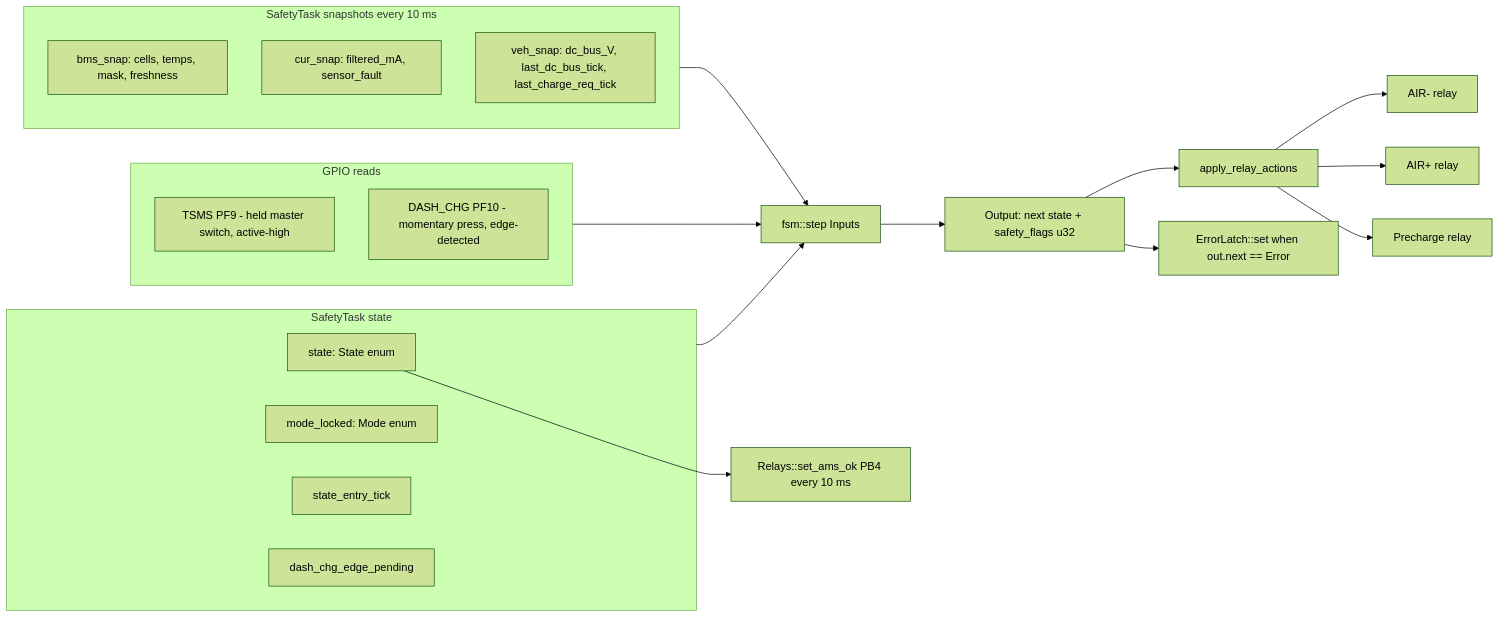
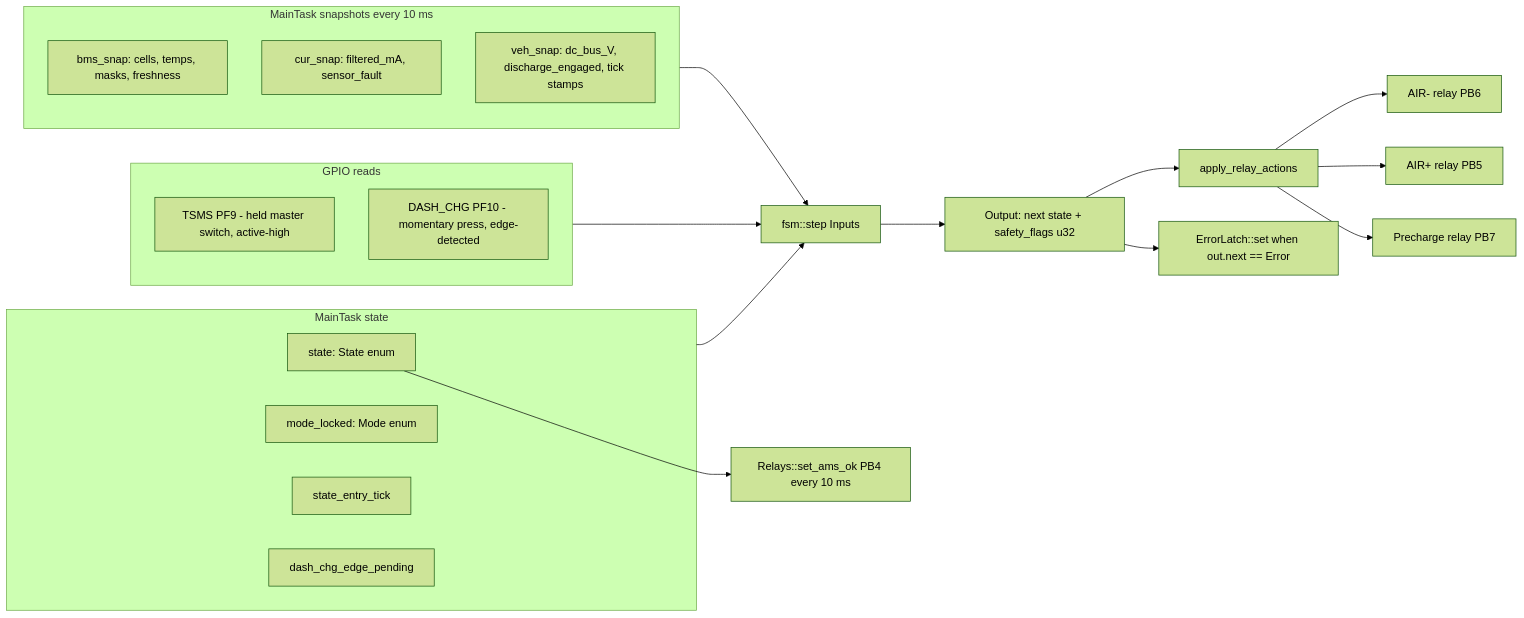
The first of 3 diagrams in docs/FSM_OVERVIEW.md (isc-fs/IFS08-CE-AMS), drawn with Mermaid (forest theme) before and after one commit. The commit also changed other lines of this file and 13 other files, not shown here.

````diff
--- a/docs/FSM_OVERVIEW.md
+++ b/docs/FSM_OVERVIEW.md
@@ -43,31 +51,31 @@
 ```mermaid
 flowchart LR
-  subgraph Snapshots[SafetyTask snapshots every 10 ms]
-    BMS[bms_snap: cells, temps, mask, freshness]
+  subgraph Snapshots[MainTask snapshots every 10 ms]
+    BMS[bms_snap: cells, temps, masks, freshness]
     CUR[cur_snap: filtered_mA, sensor_fault]
-    VEH[veh_snap: dc_bus_V, last_dc_bus_tick, last_charge_req_tick]
+    VEH[veh_snap: dc_bus_V, discharge_engaged, tick stamps]
   end
   subgraph GPIOs[GPIO reads]
     TSMS[TSMS PF9 - held master switch, active-high]
     DASH[DASH_CHG PF10 - momentary press, edge-detected]
   end
-  subgraph Cached[SafetyTask state]
+  subgraph Cached[MainTask state]
     STATE[state: State enum]
     MODE[mode_locked: Mode enum]
     TICK[state_entry_tick]
     EDGE[dash_chg_edge_pending]
   end
 
   Snapshots --> STEP
   GPIOs --> STEP
   Cached --> STEP
   STEP[fsm::step Inputs]
   STEP --> OUT[Output: next state + safety_flags u32]
 
   OUT --> APPLY[apply_relay_actions]
-  APPLY --> AIRN[AIR- relay]
-  APPLY --> AIRP[AIR+ relay]
-  APPLY --> PRE[Precharge relay]
+  APPLY --> AIRN[AIR- relay PB6]
+  APPLY --> AIRP[AIR+ relay PB5]
+  APPLY --> PRE[Precharge relay PB7]
   OUT --> LATCH[ErrorLatch::set when out.next == Error]
   STATE --> AMSOK[Relays::set_ams_ok PB4 every 10 ms]
 ```
````
